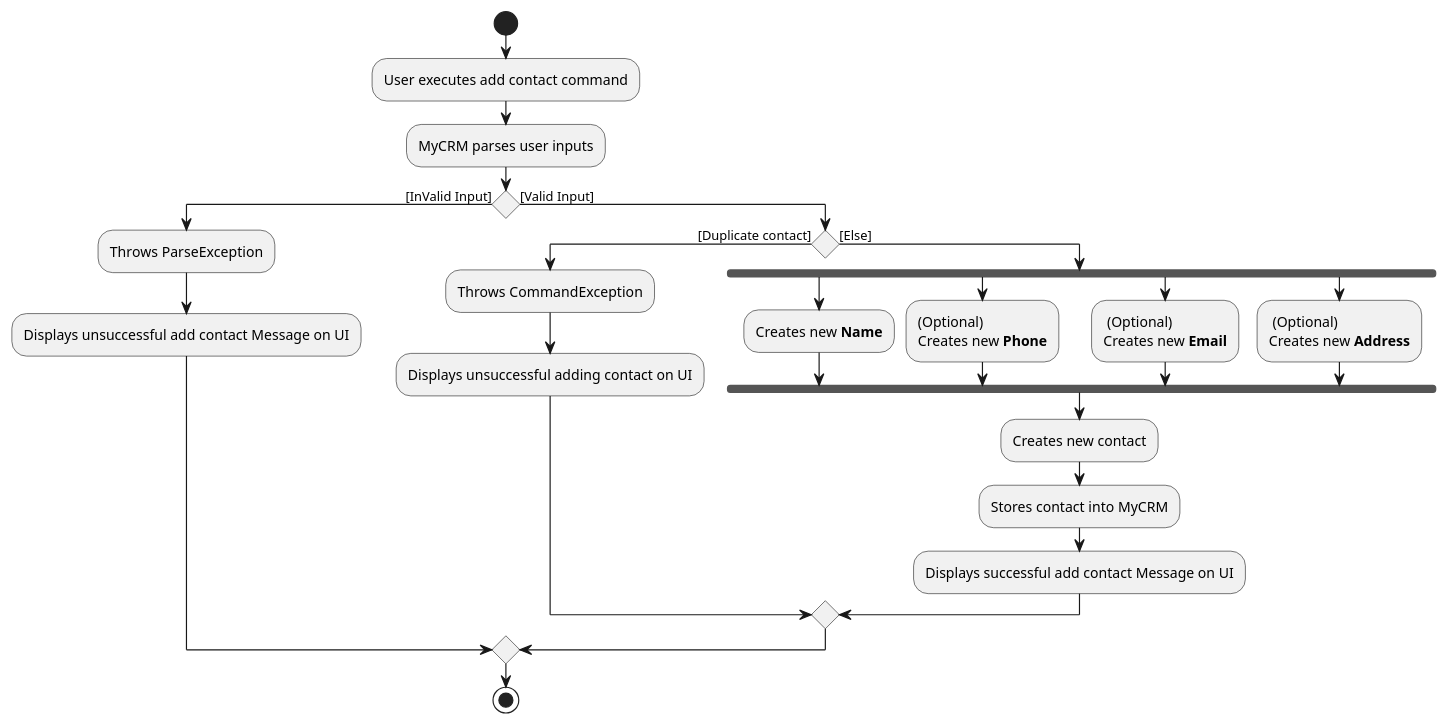
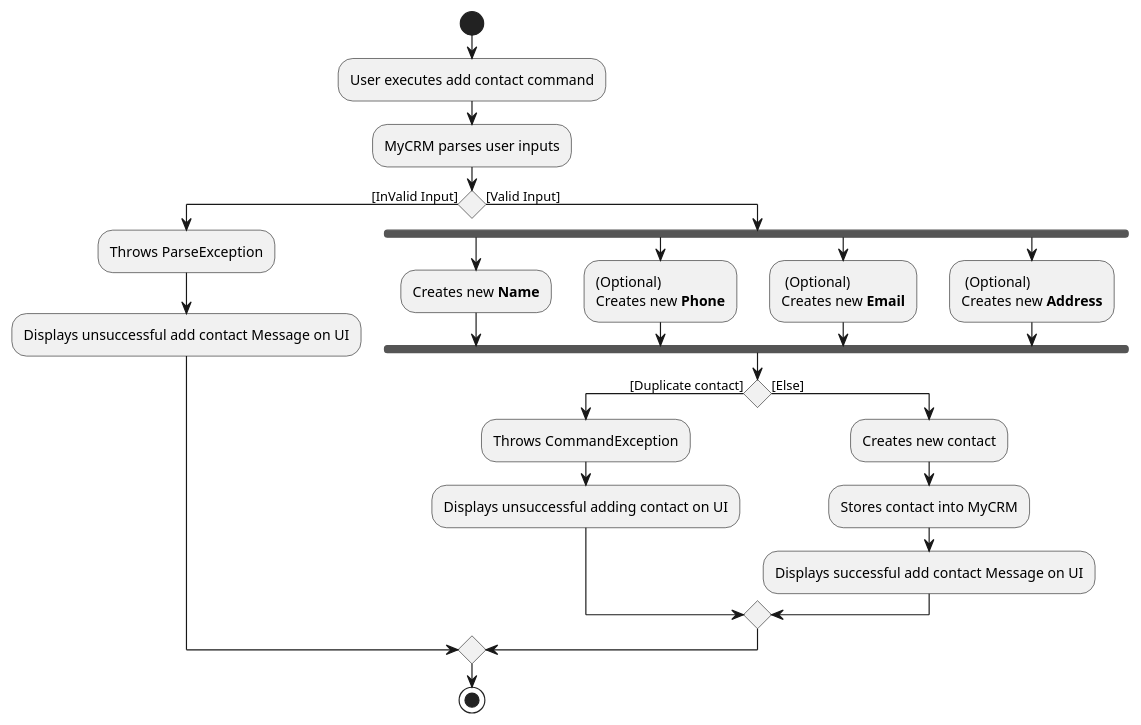
Before and after one commit to ooawagaeri/tp: the diagram in docs/diagrams/contact/AddContactActivityDiagram.puml, drawn with PlantUML. The commit also changed 3 other files, not shown here.

Commit message:
Fix diagram issues

```diff
--- a/docs/diagrams/contact/AddContactActivityDiagram.puml
+++ b/docs/diagrams/contact/AddContactActivityDiagram.puml
@@ -1,31 +1,31 @@
 @startuml
 start
 :User executes add contact command;
 :MyCRM parses user inputs;
 if() then ([InValid Input])
     :Throws ParseException;
     :Displays unsuccessful add contact Message on UI;
 else ([Valid Input])
-    if () then ([Duplicate contact])
-        :Throws CommandException;
-        :Displays unsuccessful adding contact on UI;
-    else ([Else])
     fork
     :Creates new **Name**;
     fork again
     :(Optional)
     Creates new **Phone**;
     fork again
     : (Optional)
     Creates new **Email**;
     fork again
     : (Optional)
     Creates new **Address**;
     end fork
+    if () then ([Duplicate contact])
+            :Throws CommandException;
+            :Displays unsuccessful adding contact on UI;
+        else ([Else])
     :Creates new contact;
     :Stores contact into MyCRM;
     :Displays successful add contact Message on UI;
     endif
 endif;
 stop
 @enduml
```
